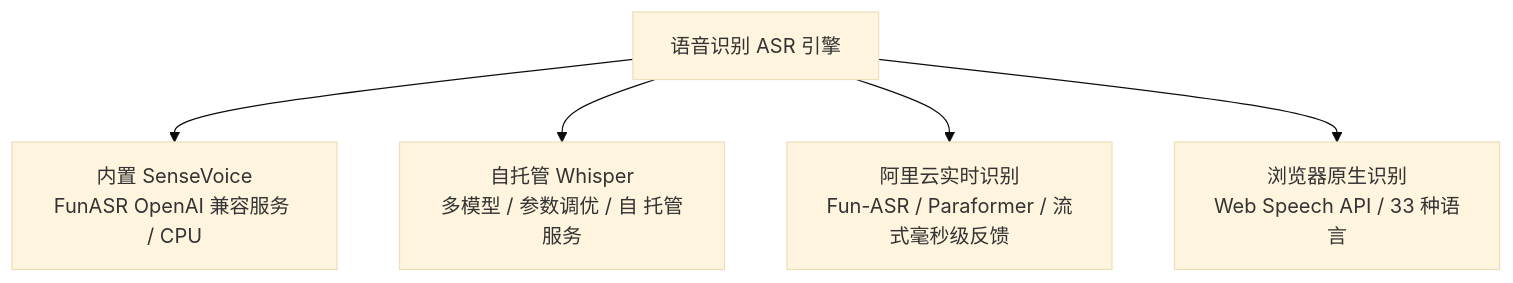
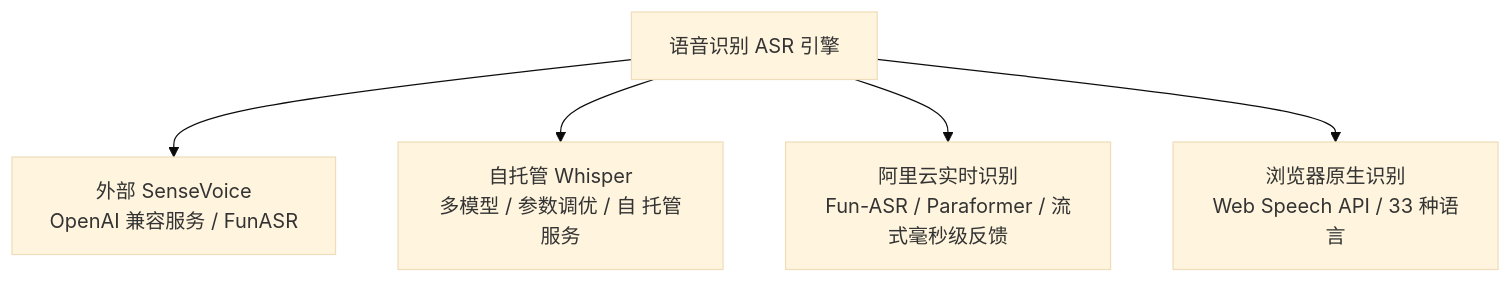
Before and after one commit to lulabs-org/embocraft: the second of 2 diagrams in docs/voice/setup.md, drawn with Mermaid (base theme). The commit also changed other lines of this file and 14 other files, not shown here.

First line of the commit message:
refactor(asr): drop bundled SenseVoice container

````diff
--- a/docs/voice/setup.md
+++ b/docs/voice/setup.md
@@ -101,7 +101,7 @@
 ```mermaid
 graph TD
-    ASR[语音识别 ASR 引擎] --> SenseVoice[内置 SenseVoice<br>FunASR OpenAI 兼容服务 / CPU]
+    ASR[语音识别 ASR 引擎] --> SenseVoice[外部 SenseVoice<br>OpenAI 兼容服务 / FunASR]
     ASR --> Whisper[自托管 Whisper<br>多模型 / 参数调优 / 自 托管服务]
     ASR --> AliyunASR[阿里云实时识别<br>Fun-ASR / Paraformer / 流式毫秒级反馈]
     ASR --> BrowserASR[浏览器原生识别<br>Web Speech API / 33 种语言]
 ```
````
